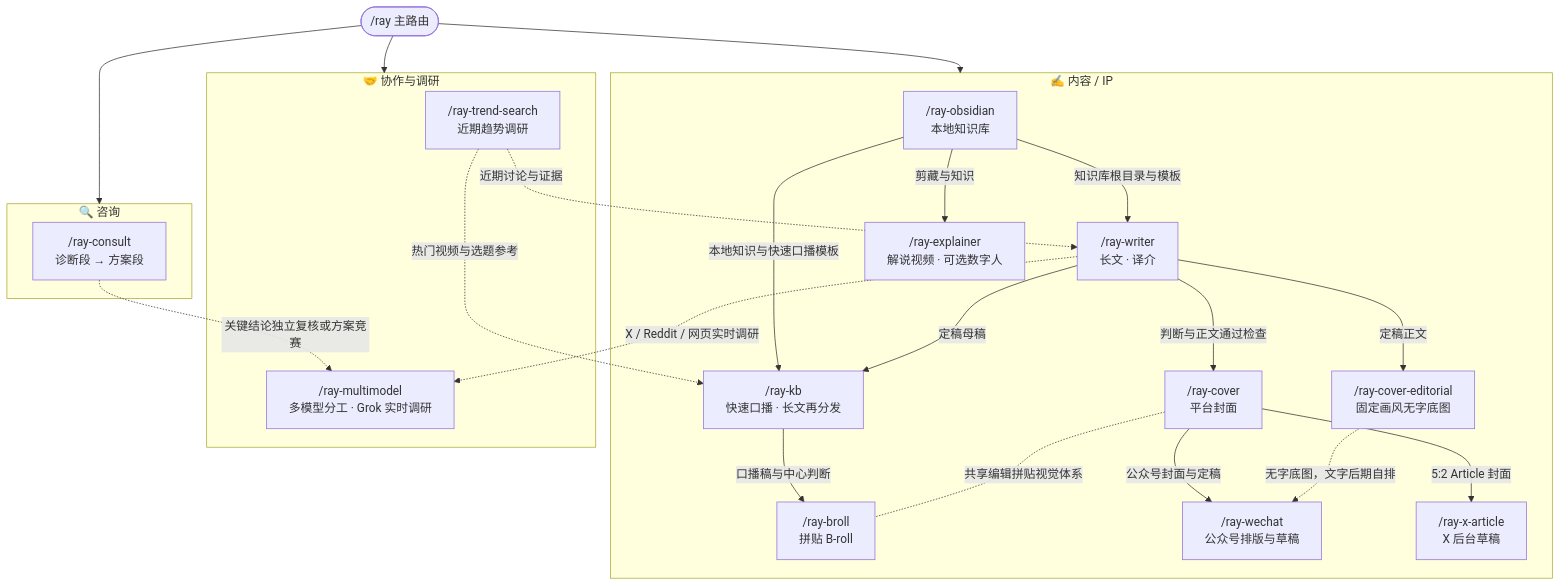
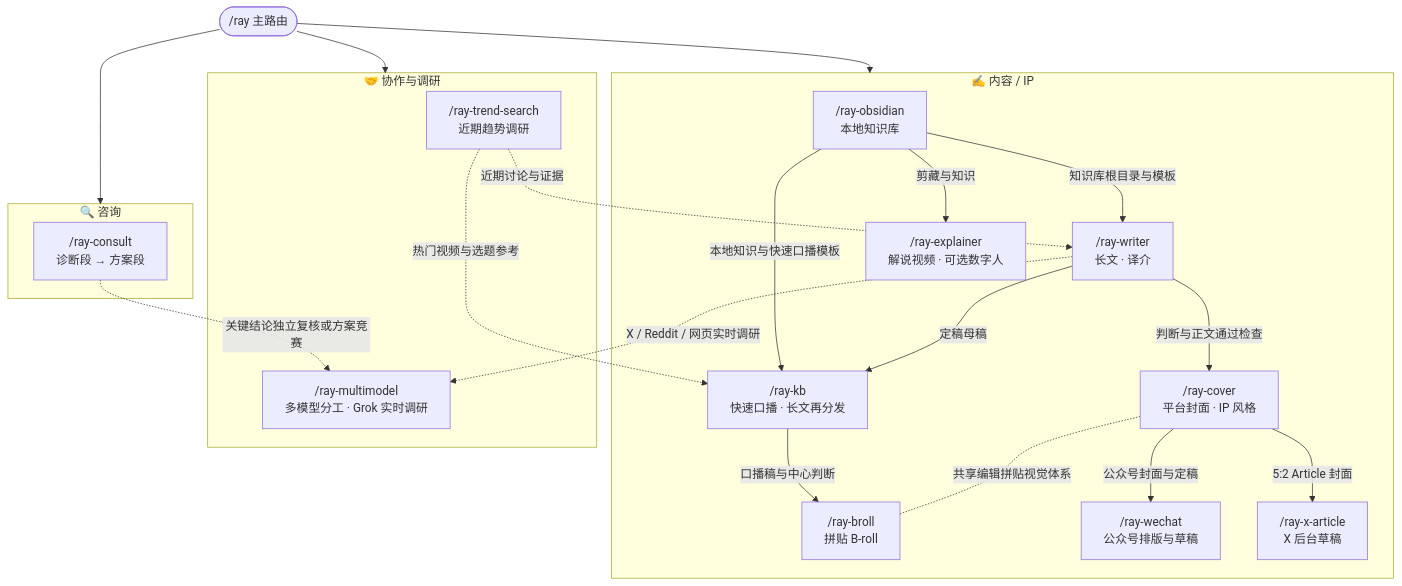
One commit to imraywang/rayskills changed the diagram in docs/skill-link-map.md. Above: the diagram before and after it, drawn with Mermaid. The commit also changed other lines of this file and 93 other files, not shown here.

First line of the commit message:
ray-cover: 合并 ray-cover-editorial，改为 Punk 风格库 + Ray IP，Codex 调 Image 2 出图

````diff
--- a/docs/skill-link-map.md
+++ b/docs/skill-link-map.md
@@ -5,43 +5,40 @@
 ```mermaid
 flowchart TD
     RAY(["/ray 主路由"])
 
     subgraph CONTENT["✍️ 内容 / IP"]
         OBSIDIAN["/ray-obsidian\n本地知识库"]
         WRITER["/ray-writer\n长文 · 译介"]
         KB["/ray-kb\n快速口播 · 长文再分发"]
-        COVER["/ray-cover\n平台封面"]
+        COVER["/ray-cover\n平台封面 · IP 风格"]
         BROLL["/ray-broll\n拼贴 B-roll"]
         EXPLAINER["/ray-explainer\n解说视频 · 可选数字人"]
-        COVERED["/ray-cover-editorial\n固定画风无字底图"]
         WECHAT["/ray-wechat\n公众号排版与草稿"]
         XARTICLE["/ray-x-article\nX 后台草稿"]
     end
     subgraph CONSULT["🔍 咨询"]
         CONSULTSKILL["/ray-consult\n诊断段 → 方案段"]
     end
     subgraph COLLAB["🤝 协作与调研"]
         MULTI["/ray-multimodel\n多模型分工 · Grok 实时调研"]
         TREND["/ray-trend-search\n近期趋势调研"]
     end
 
     RAY --> CONTENT & CONSULT & COLLAB
 
     %% 常见衔接
     OBSIDIAN -->|知识库根目录与模板| WRITER
     OBSIDIAN -->|本地知识与快速口播模板| KB
     WRITER -->|判断与正文通过检查| COVER
     WRITER -->|定稿母稿| KB
     KB -->|口播稿与中心判断| BROLL
     COVER -->|公众号封面与定稿| WECHAT
     COVER -->|5:2 Article 封面| XARTICLE
     COVER -.-|共享编辑拼贴视觉体系| BROLL
     OBSIDIAN -->|剪藏与知识| EXPLAINER
-    WRITER -->|定稿正文| COVERED
-    COVERED -.->|无字底图，文字后期自排| WECHAT
 
     WRITER -.->|X / Reddit / 网页实时调研| MULTI
     TREND -.->|近期讨论与证据| WRITER
     TREND -.->|热门视频与选题参考| KB
     CONSULTSKILL -.->|关键结论独立复核或方案竞赛| MULTI
 ```
````
